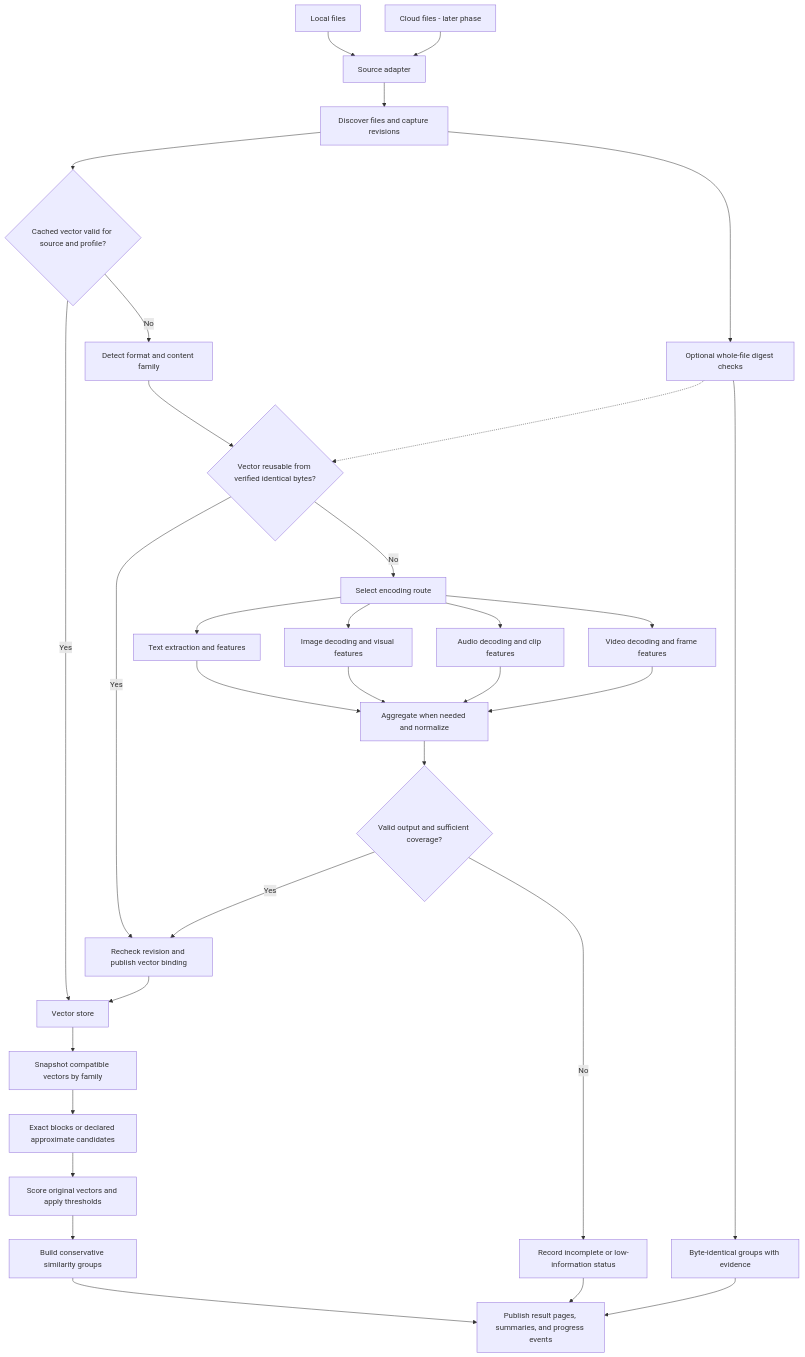
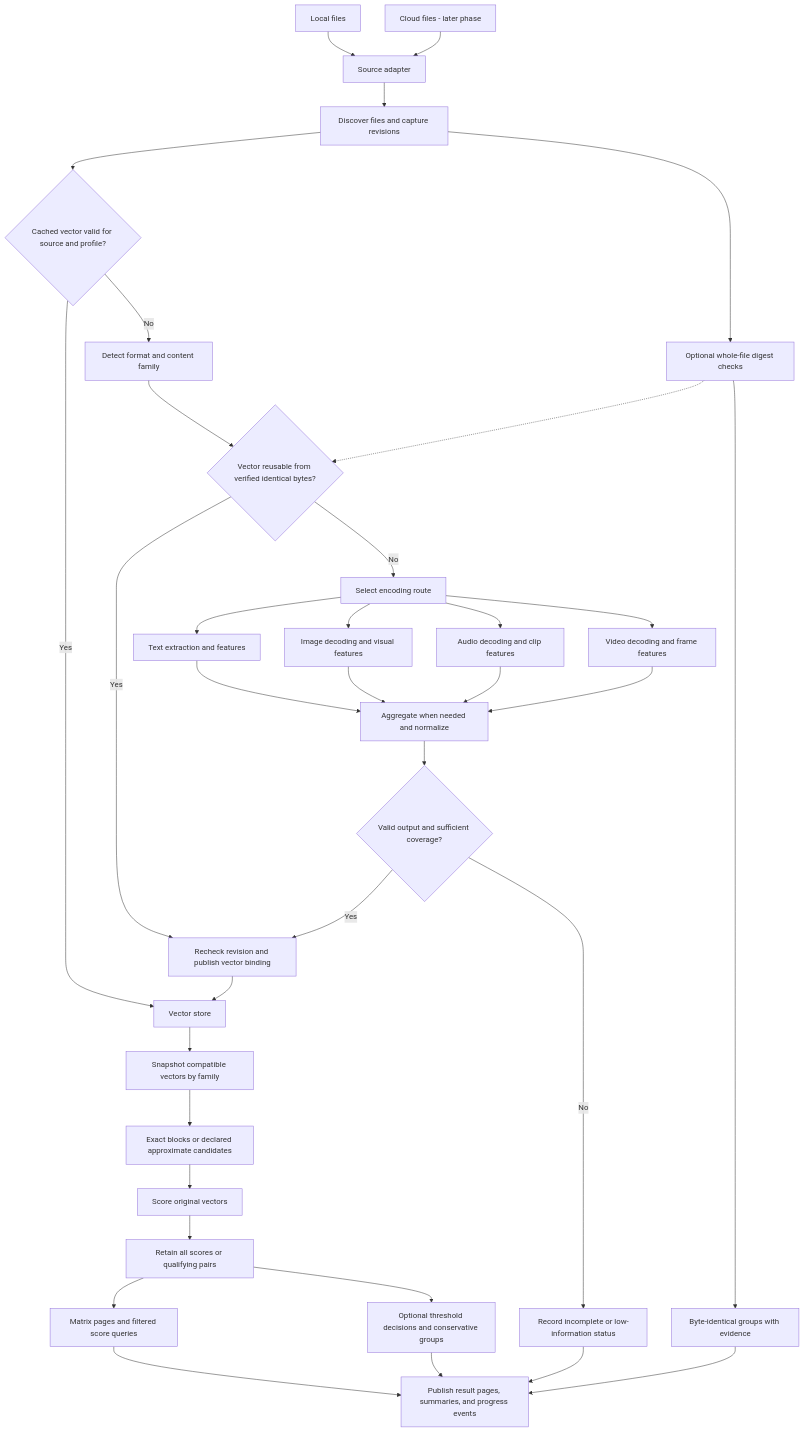
The first of 2 diagrams in file-similarity-architecture.md (wkyle251/FileTwin), drawn with Mermaid before and after one commit. The commit also changed other lines of this file and 24 other files, not shown here.

Commit message:
Add saved similarity scores, matrix output, and regrouping

````diff
--- a/file-similarity-architecture.md
+++ b/file-similarity-architecture.md
@@ -172,34 +179,37 @@
 ```mermaid
 flowchart TD
     L[Local files] --> S[Source adapter]
     C[Cloud files - later phase] --> S
     S --> D[Discover files and capture revisions]
     D --> K{Cached vector valid for source and profile?}
     K -->|Yes| V[Vector store]
     K -->|No| P[Detect format and content family]
     P --> H{Vector reusable from verified identical bytes?}
     H -->|Yes| R[Recheck revision and publish vector binding]
     H -->|No| F[Select encoding route]
     F --> T[Text extraction and features]
     F --> I[Image decoding and visual features]
     F --> A[Audio decoding and clip features]
     F --> M[Video decoding and frame features]
     T --> E[Aggregate when needed and normalize]
     I --> E
     A --> E
     M --> E
     E --> Q{Valid output and sufficient coverage?}
     Q -->|Yes| R
     Q -->|No| Z[Record incomplete or low-information status]
     R --> V
     V --> B[Snapshot compatible vectors by family]
     B --> X[Exact blocks or declared approximate candidates]
-    X --> Y[Score original vectors and apply thresholds]
-    Y --> G[Build conservative similarity groups]
+    X --> Y[Score original vectors]
+    Y --> Pairs[Retain all scores or qualifying pairs]
+    Pairs --> Matrix[Matrix pages and filtered score queries]
+    Pairs --> G[Optional threshold decisions and conservative groups]
+    Matrix --> U
     G --> U[Publish result pages, summaries, and progress events]
     Z --> U
     D --> J[Optional whole-file digest checks]
     J -.-> H
     J --> O[Byte-identical groups with evidence]
     O --> U
 ```
````
